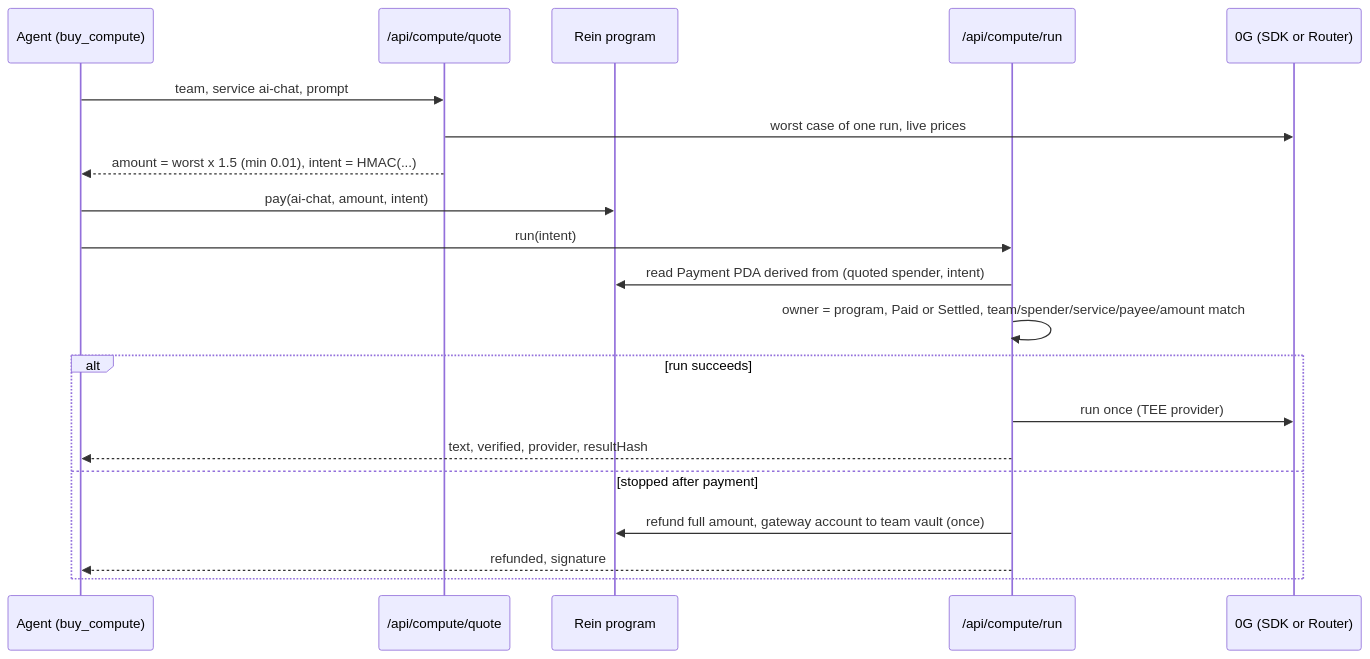
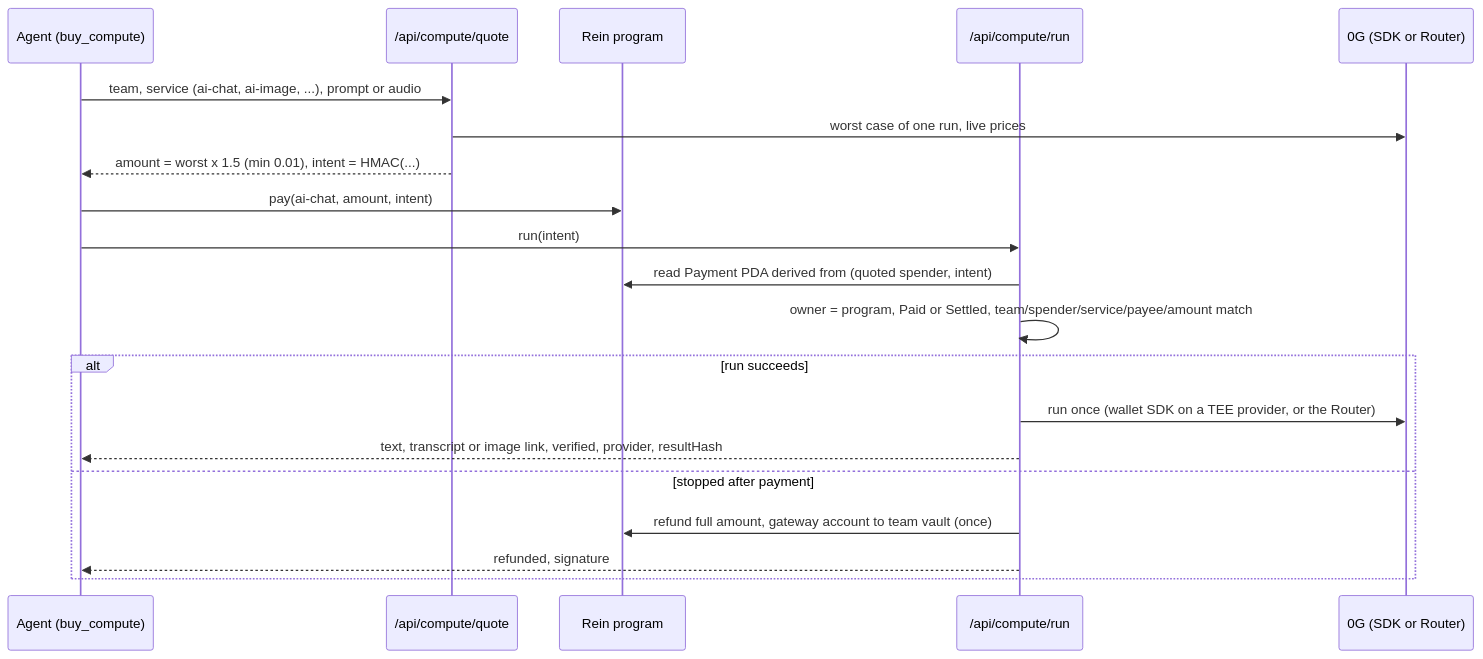
The fourth of 5 diagrams in README.md (Nuel-osas/rein), drawn with Mermaid before and after one commit. The commit also changed other lines of this file and 16 other files, not shown here.

````diff
--- a/README.md
+++ b/README.md
@@ -218,22 +238,22 @@
 ```mermaid
 sequenceDiagram
   participant A as Agent (buy_compute)
   participant Q as /api/compute/quote
   participant P as Rein program
   participant R as /api/compute/run
   participant Z as 0G (SDK or Router)
-  A->>Q: team, service ai-chat, prompt
+  A->>Q: team, service (ai-chat, ai-image, ...), prompt or audio
   Q->>Z: worst case of one run, live prices
   Q-->>A: amount = worst x 1.5 (min 0.01), intent = HMAC(...)
   A->>P: pay(ai-chat, amount, intent)
   A->>R: run(intent)
   R->>P: read Payment PDA derived from (quoted spender, intent)
   R->>R: owner = program, Paid or Settled, team/spender/service/payee/amount match
   alt run succeeds
-    R->>Z: run once (TEE provider)
-    R-->>A: text, verified, provider, resultHash
+    R->>Z: run once (wallet SDK on a TEE provider, or the Router)
+    R-->>A: text, transcript or image link, verified, provider, resultHash
   else stopped after payment
     R->>P: refund full amount, gateway account to team vault (once)
     R-->>A: refunded, signature
   end
 ```
````
